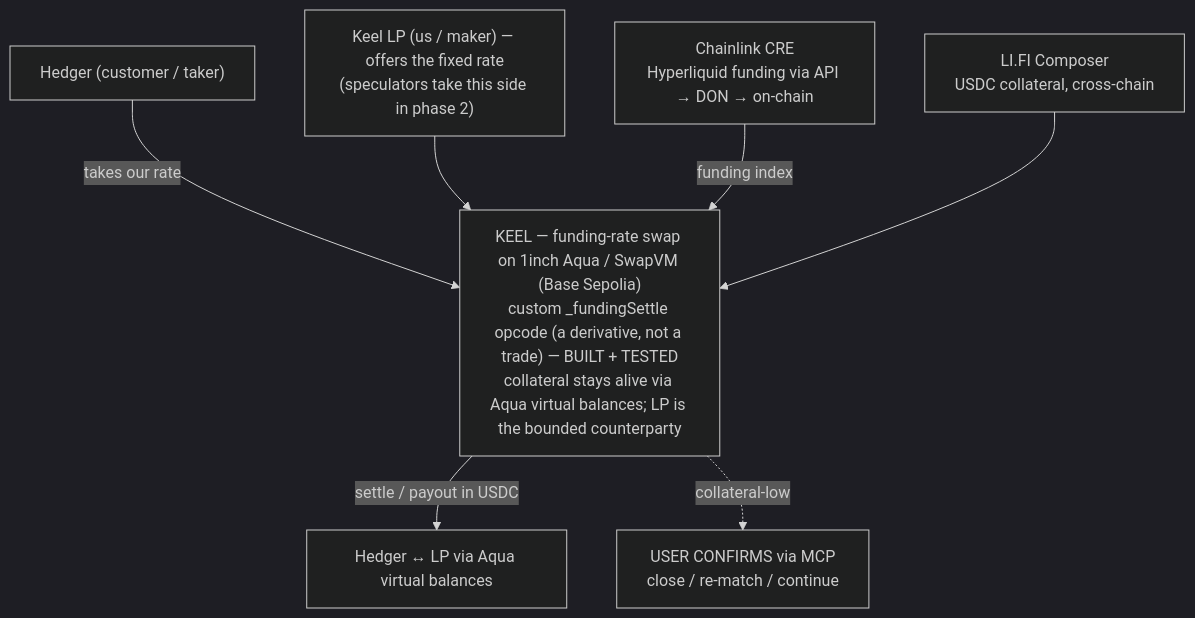
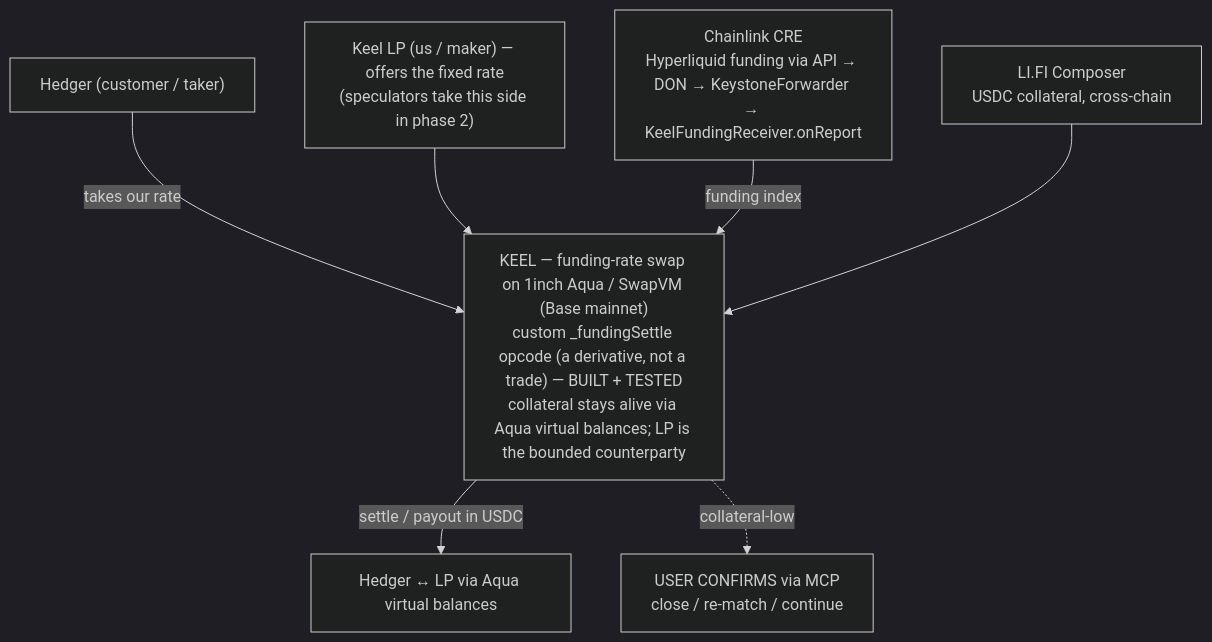
Before and after one commit to 0xYudhishthra/TenorFi: the first of 2 diagrams in docs/design-doc.md, drawn with Mermaid (dark theme). The commit also changed other lines of this file and 10 other files, not shown here.

First line of the commit message:
feat(contracts): add KeelFundingReceiver CRE consumer; target Base mainnet

````diff
--- a/docs/design-doc.md
+++ b/docs/design-doc.md
@@ -103,10 +103,10 @@
 ```mermaid
 flowchart TB
     HEDGER["Hedger (customer / taker)"] -->|takes our rate| KEEL
     LP["Keel LP (us / maker) — offers the fixed rate<br/>(speculators take this side in phase 2)"] --> KEEL
-    CRE["Chainlink CRE<br/>Hyperliquid funding via API → DON → on-chain"] -->|funding index| KEEL
+    CRE["Chainlink CRE<br/>Hyperliquid funding via API → DON → KeystoneForwarder → KeelFundingReceiver.onReport"] -->|funding index| KEEL
     LIFI["LI.FI Composer<br/>USDC collateral, cross-chain"] --> KEEL
-    KEEL["KEEL — funding-rate swap on 1inch Aqua / SwapVM (Base Sepolia)<br/>custom _fundingSettle opcode (a derivative, not a trade) — BUILT + TESTED<br/>collateral stays alive via Aqua virtual balances; LP is the bounded counterparty"]
+    KEEL["KEEL — funding-rate swap on 1inch Aqua / SwapVM (Base mainnet)<br/>custom _fundingSettle opcode (a derivative, not a trade) — BUILT + TESTED<br/>collateral stays alive via Aqua virtual balances; LP is the bounded counterparty"]
     KEEL -->|settle / payout in USDC| OUT["Hedger ↔ LP via Aqua virtual balances"]
     KEEL -.->|collateral-low| BRINK["USER CONFIRMS via MCP<br/>close / re-match / continue"]
 ```
````
